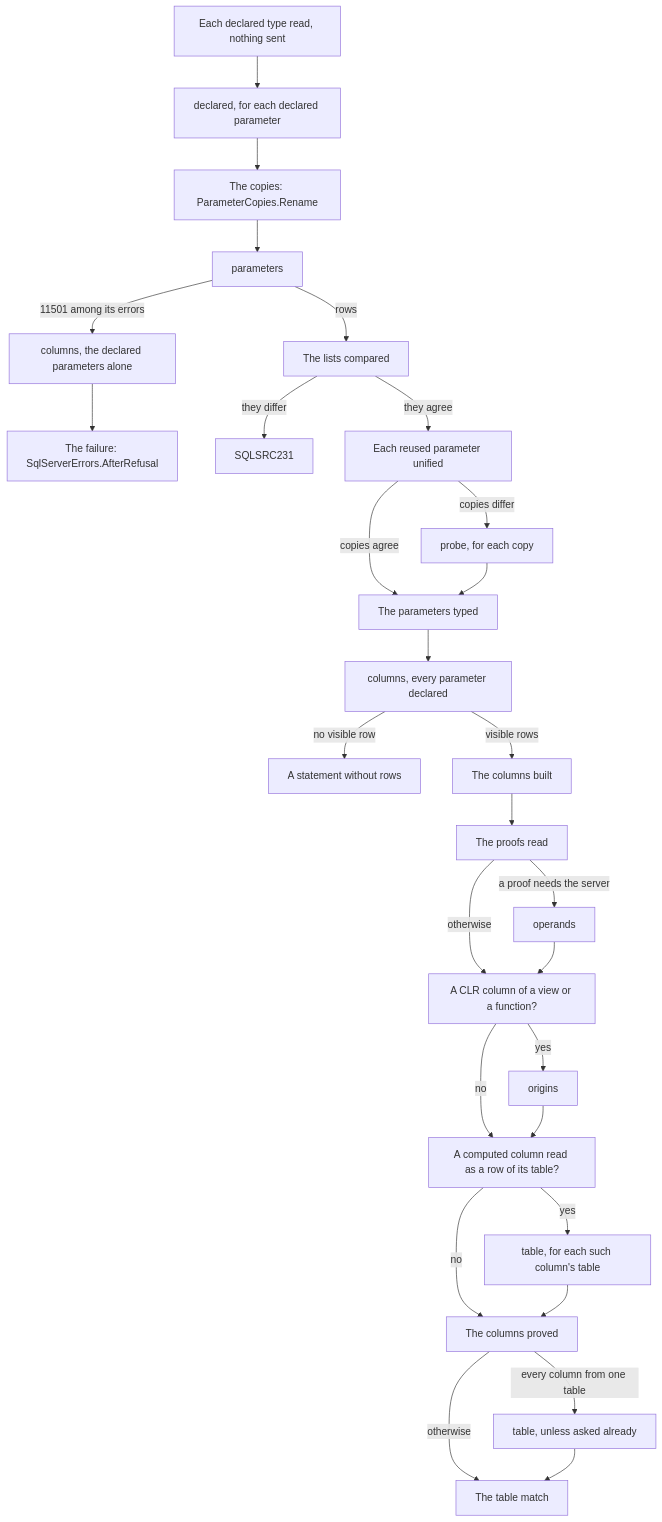
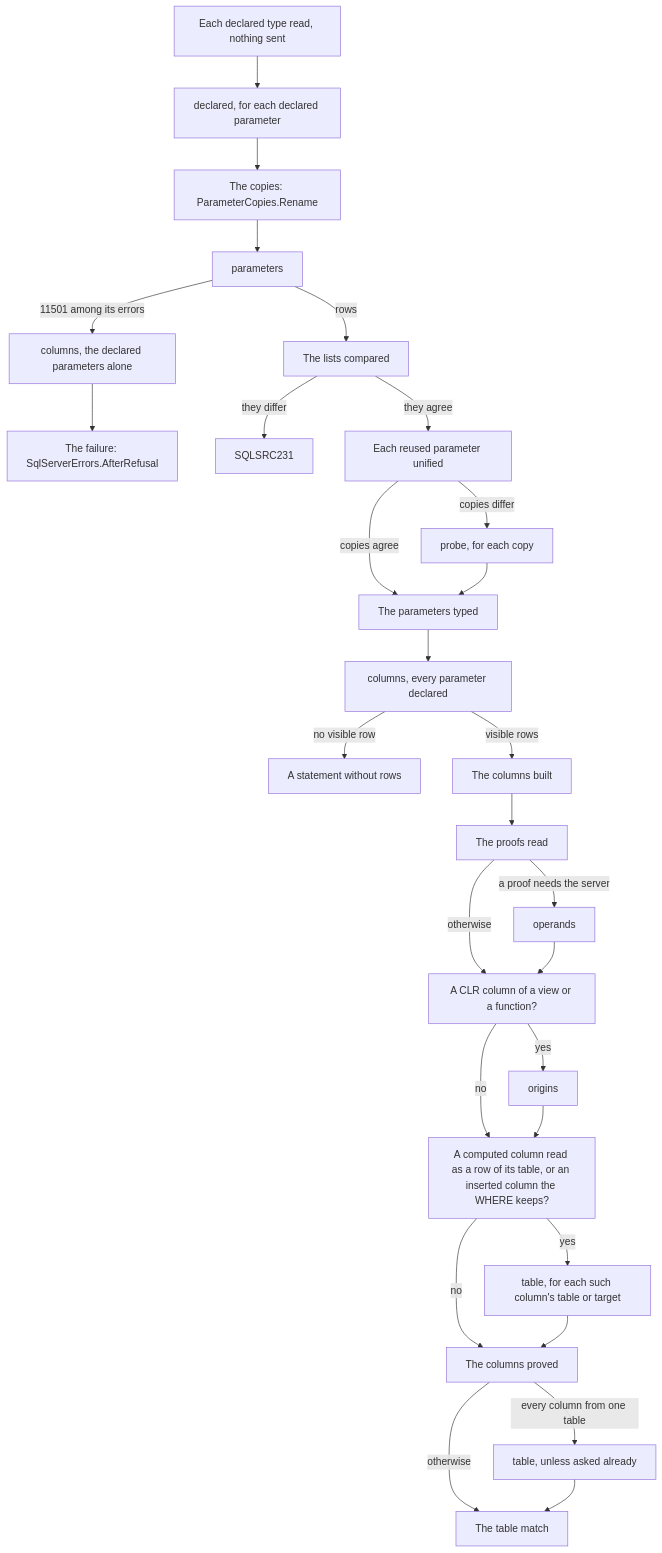
The diagram in docs/architecture/sqlserver-describer.md (mbcrawfo/SqlSource), drawn with Mermaid before and after one commit. The commit also changed other lines of this file and 33 other files, not shown here.

First line of the commit message:
fix(tool): keep a column set's sparse columns from the WHERE's proof of inserted

````diff
--- a/docs/architecture/sqlserver-describer.md
+++ b/docs/architecture/sqlserver-describer.md
@@ -112,30 +112,30 @@
 ```mermaid
 flowchart TD
     read["Each declared type read, nothing sent"] --> declared["declared, for each declared parameter"]
     declared --> rename["The copies: ParameterCopies.Rename"]
     rename --> parameters
     parameters -->|"11501 among its errors"| refusal["columns, the declared parameters alone"]
     refusal --> after["The failure: SqlServerErrors.AfterRefusal"]
     parameters -->|"rows"| lists["The lists compared"]
     lists -->|"they differ"| sqlsrc231["SQLSRC231"]
     lists -->|"they agree"| unify["Each reused parameter unified"]
     unify -->|"copies agree"| typed["The parameters typed"]
     unify -->|"copies differ"| probe["probe, for each copy"]
     probe --> typed
     typed --> columns["columns, every parameter declared"]
     columns -->|"no visible row"| none["A statement without rows"]
     columns -->|"visible rows"| built["The columns built"]
     built --> proofs["The proofs read"]
     proofs -->|"a proof needs the server"| operands
     proofs -->|"otherwise"| clr["A CLR column of a view or a function?"]
     operands --> clr
     clr -->|"yes"| origins
-    clr -->|"no"| computed["A computed column read as a row of its table?"]
+    clr -->|"no"| computed["A computed column read as a row of its table, or an inserted column the WHERE keeps?"]
     origins --> computed
-    computed -->|"yes"| tables["table, for each such column's table"]
+    computed -->|"yes"| tables["table, for each such column's table or target"]
     computed -->|"no"| proved["The columns proved"]
     tables --> proved
     proved -->|"every column from one table"| table["table, unless asked already"]
     proved -->|"otherwise"| match["The table match"]
     table --> match
 ```
````
